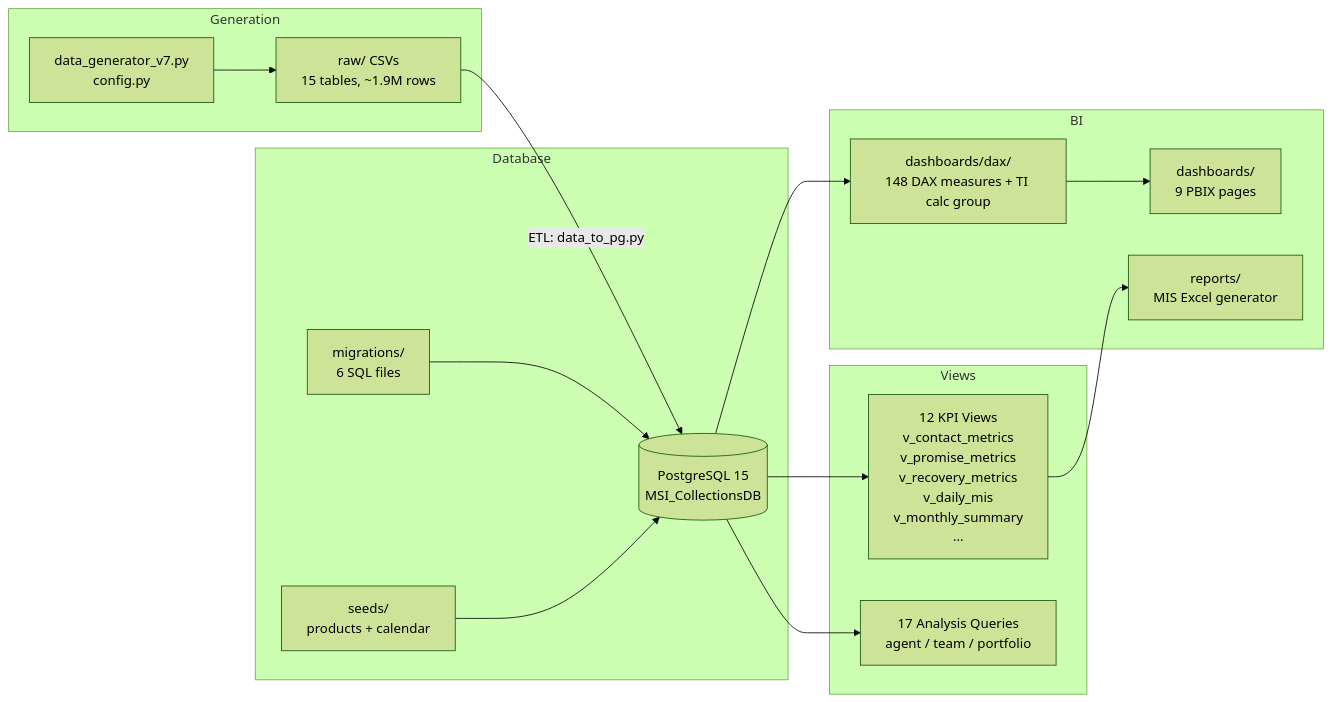
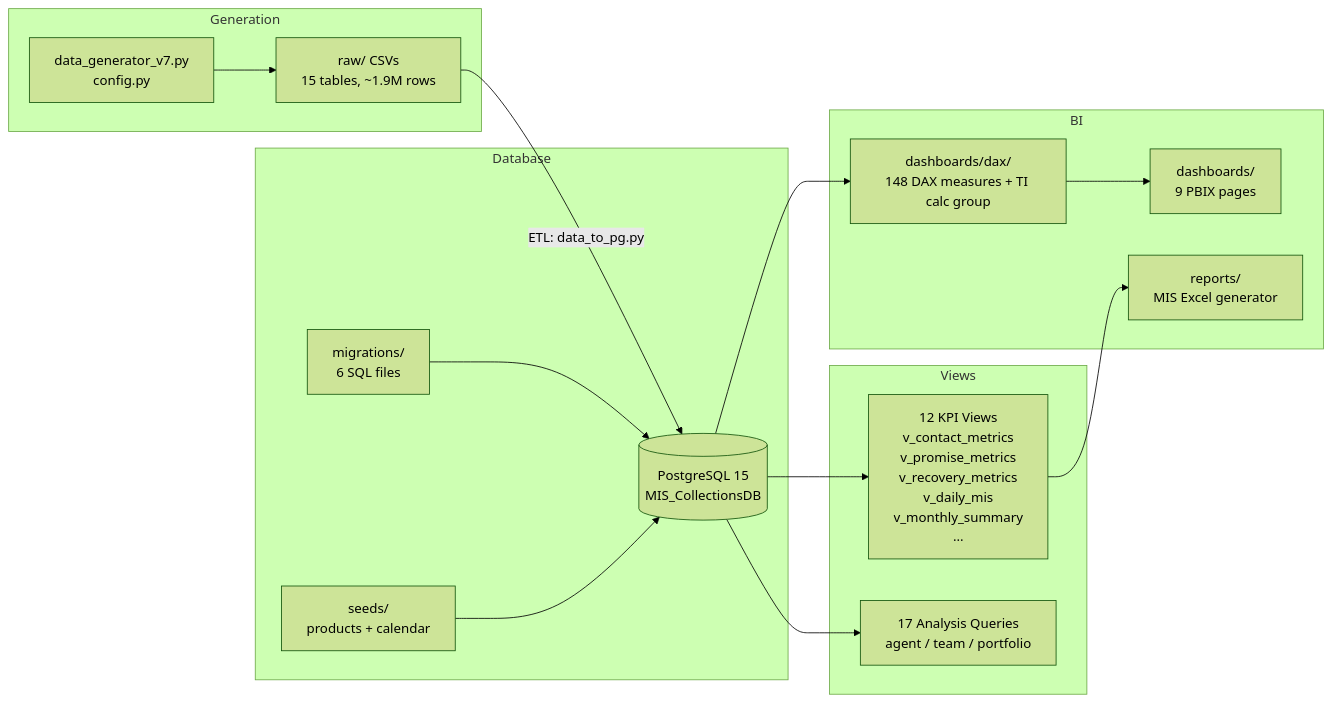
Before and after one commit to rtrlpz/MIS-COLLECTIONS: the diagram in README.md, drawn with Mermaid (forest theme). The commit also changed 23 other files, not shown here.

````diff
--- a/README.md
+++ b/README.md
@@ -80,30 +80,30 @@
 ```mermaid
 flowchart LR
     subgraph Generation
         G[data_generator_v7.py<br/>config.py]
         CSV[raw/ CSVs<br/>15 tables, ~1.9M rows]
     end
     subgraph Database
-        PG[(PostgreSQL 15<br/>MSI_CollectionsDB)]
+        PG[(PostgreSQL 15<br/>MIS_CollectionsDB)]
         MIG[migrations/<br/>6 SQL files]
         SEED[seeds/<br/>products + calendar]
     end
     subgraph Views
         V[12 KPI Views<br/>v_contact_metrics<br/>v_promise_metrics<br/>v_recovery_metrics<br/>v_daily_mis<br/>v_monthly_summary<br/>...]
         A[17 Analysis Queries<br/>agent / team / portfolio]
     end
     subgraph BI
         DAX[dashboards/dax/<br/>148 DAX measures + TI calc group]
         PBI[dashboards/<br/>9 PBIX pages]
         EXCEL[reports/<br/>MIS Excel generator]
     end
     G --> CSV
     CSV -->|ETL: data_to_pg.py| PG
     MIG --> PG
     SEED --> PG
     PG --> V
     PG --> A
     PG --> DAX
     DAX --> PBI
     V --> EXCEL
 ```
````
